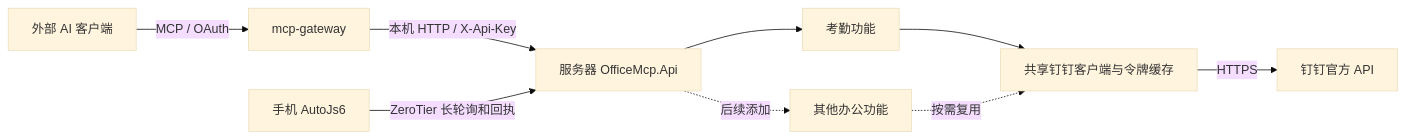
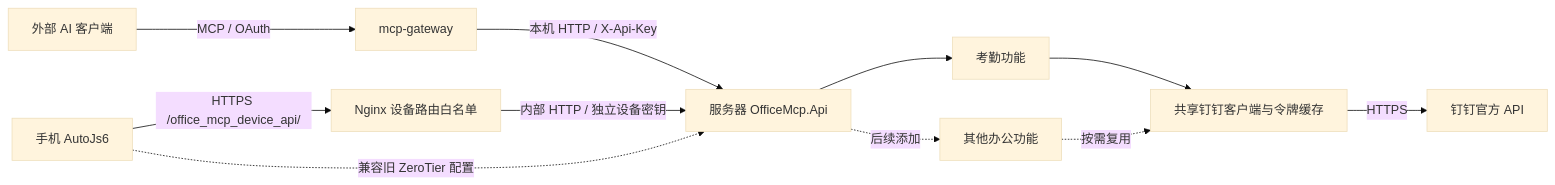
Before and after one commit to Ultronxr/OfficeMcpWithDingtalkAttendance: the diagram in docs/architecture.md, drawn with Mermaid (base theme). The commit also changed other lines of this file and 11 other files, not shown here.

First line of the commit message:
feat: [OfficeMcp] 支持手机通过公网 HTTPS 独立通信

````diff
--- a/docs/architecture.md
+++ b/docs/architecture.md
@@ -5,11 +5,13 @@
 ```mermaid
 flowchart LR
     A[外部 AI 客户端] -->|MCP / OAuth| G[mcp-gateway]
     G -->|本机 HTTP / X-Api-Key| H[服务器 OfficeMcp.Api]
-    P[手机 AutoJs6] -->|ZeroTier 长轮询和回执| H
+    P[手机 AutoJs6] -->|HTTPS /office_mcp_device_api/| N[Nginx 设备路由白名单]
+    N -->|内部 HTTP / 独立设备密钥| H
+    P -.兼容旧 ZeroTier 配置.-> H
     H --> C[考勤功能]
     H -.后续添加.-> F[其他办公功能]
     C --> D[共享钉钉客户端与令牌缓存]
     F -.按需复用.-> D
     D -->|HTTPS| O[钉钉官方 API]
 ```
````
